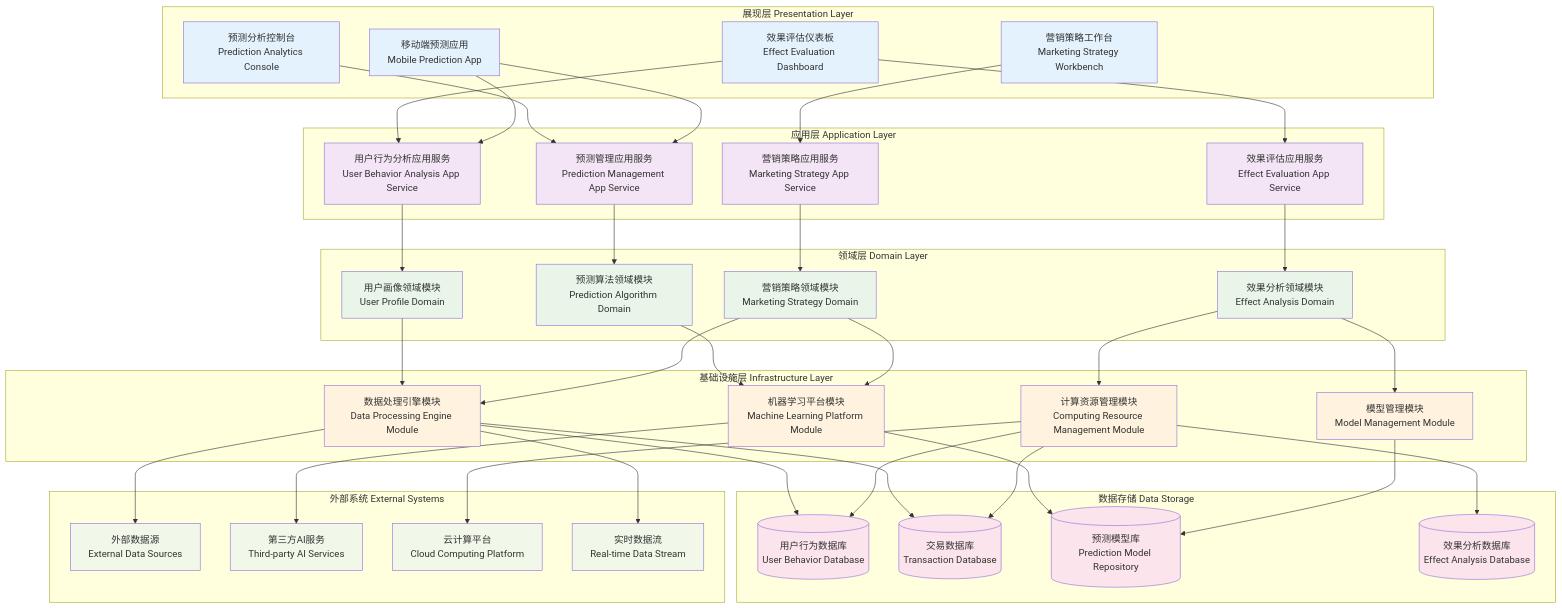
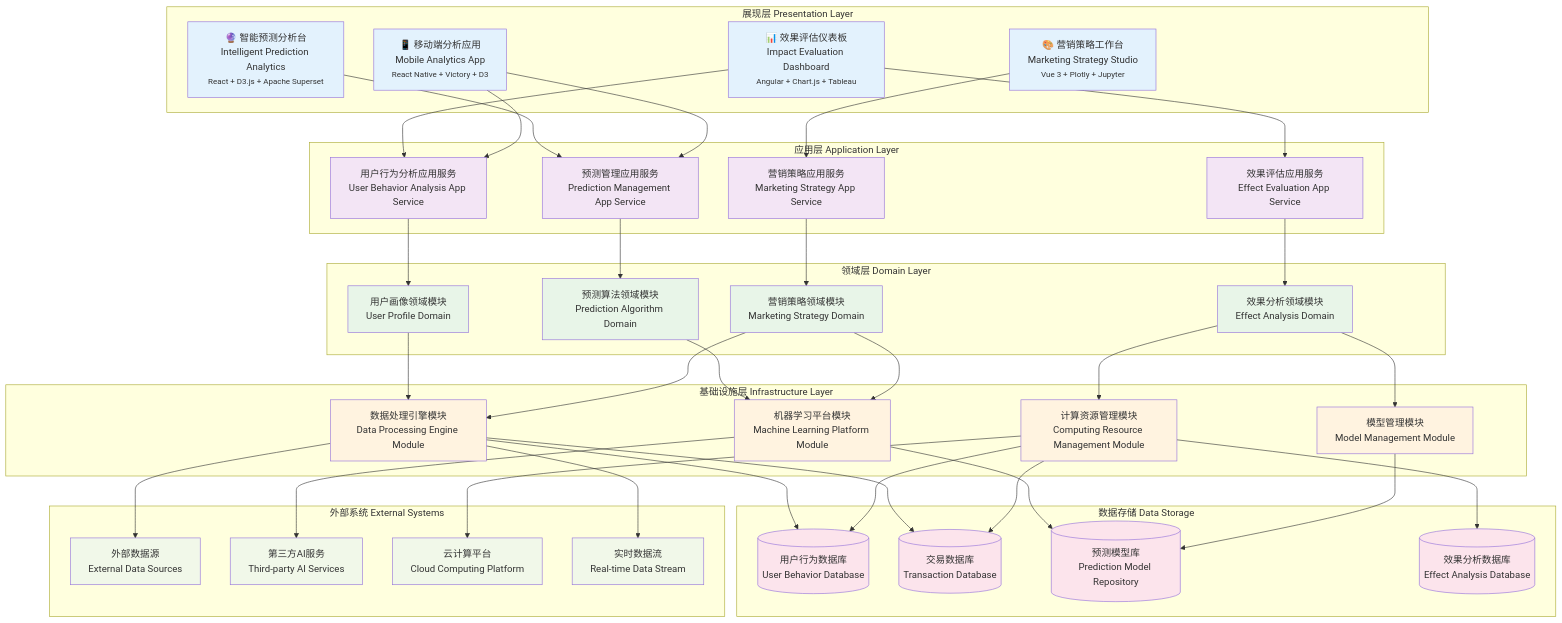
One commit to xsl625/- changed the diagram in 24.2.6_service_marketing_prediction_architecture.md. Above: the diagram before and after it, drawn with Mermaid. The commit also changed other lines of this file and 9 other files, not shown here.

Commit message:
Enhance architecture docs with detailed technical insights and modern tech stack

````diff
--- a/24.2.6_service_marketing_prediction_architecture.md
+++ b/24.2.6_service_marketing_prediction_architecture.md
@@ -8,10 +14,10 @@
 ```mermaid
 graph TB
     subgraph "展现层 Presentation Layer"
-        A[预测分析控制台<br/>Prediction Analytics Console]
-        B[营销策略工作台<br/>Marketing Strategy Workbench]
-        C[效果评估仪表板<br/>Effect Evaluation Dashboard]
-        D[移动端预测应用<br/>Mobile Prediction App]
+        A[🔮 智能预测分析台<br/>Intelligent Prediction Analytics<br/><small>React + D3.js + Apache Superset</small>]
+        B[🎨 营销策略工作台<br/>Marketing Strategy Studio<br/><small>Vue 3 + Plotly + Jupyter</small>]
+        C[📊 效果评估仪表板<br/>Impact Evaluation Dashboard<br/><small>Angular + Chart.js + Tableau</small>]
+        D[📱 移动端分析应用<br/>Mobile Analytics App<br/><small>React Native + Victory + D3</small>]
     end
     
     subgraph "应用层 Application Layer"
````
